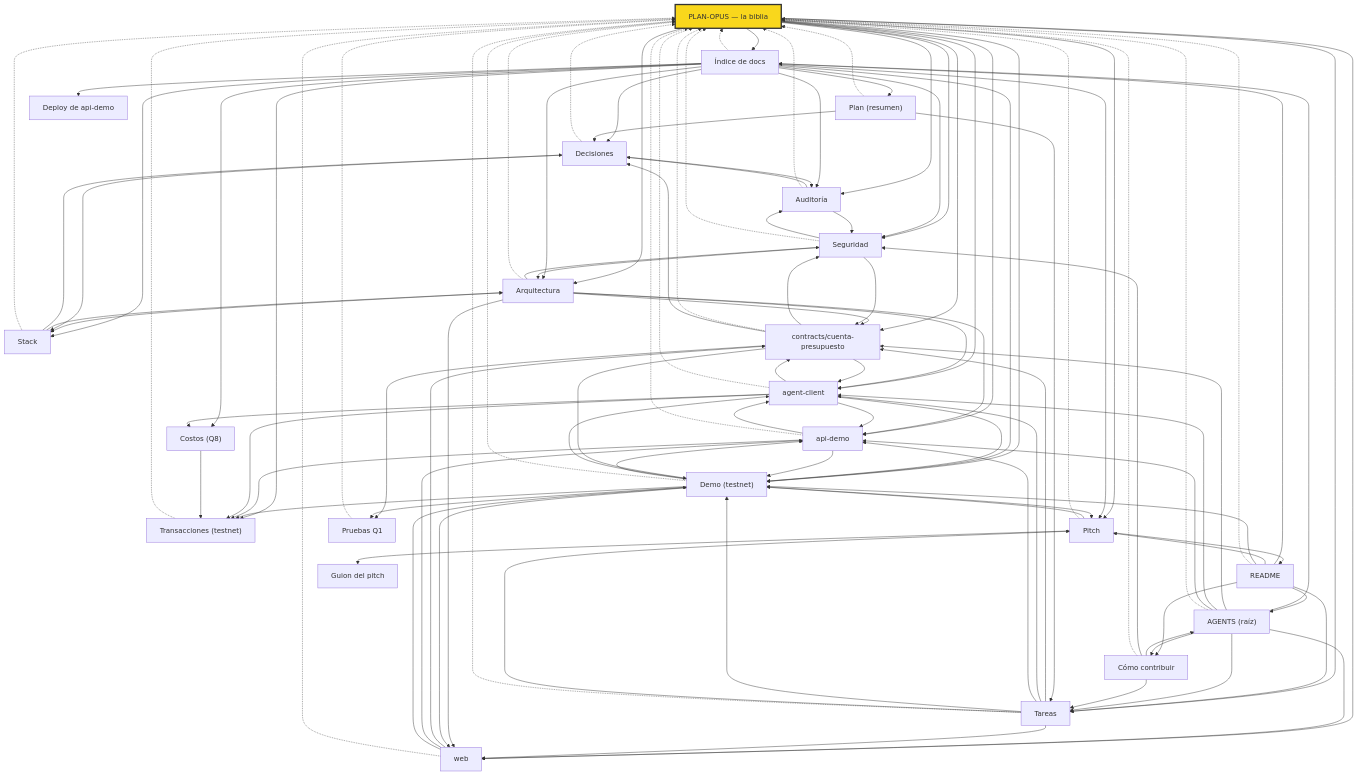
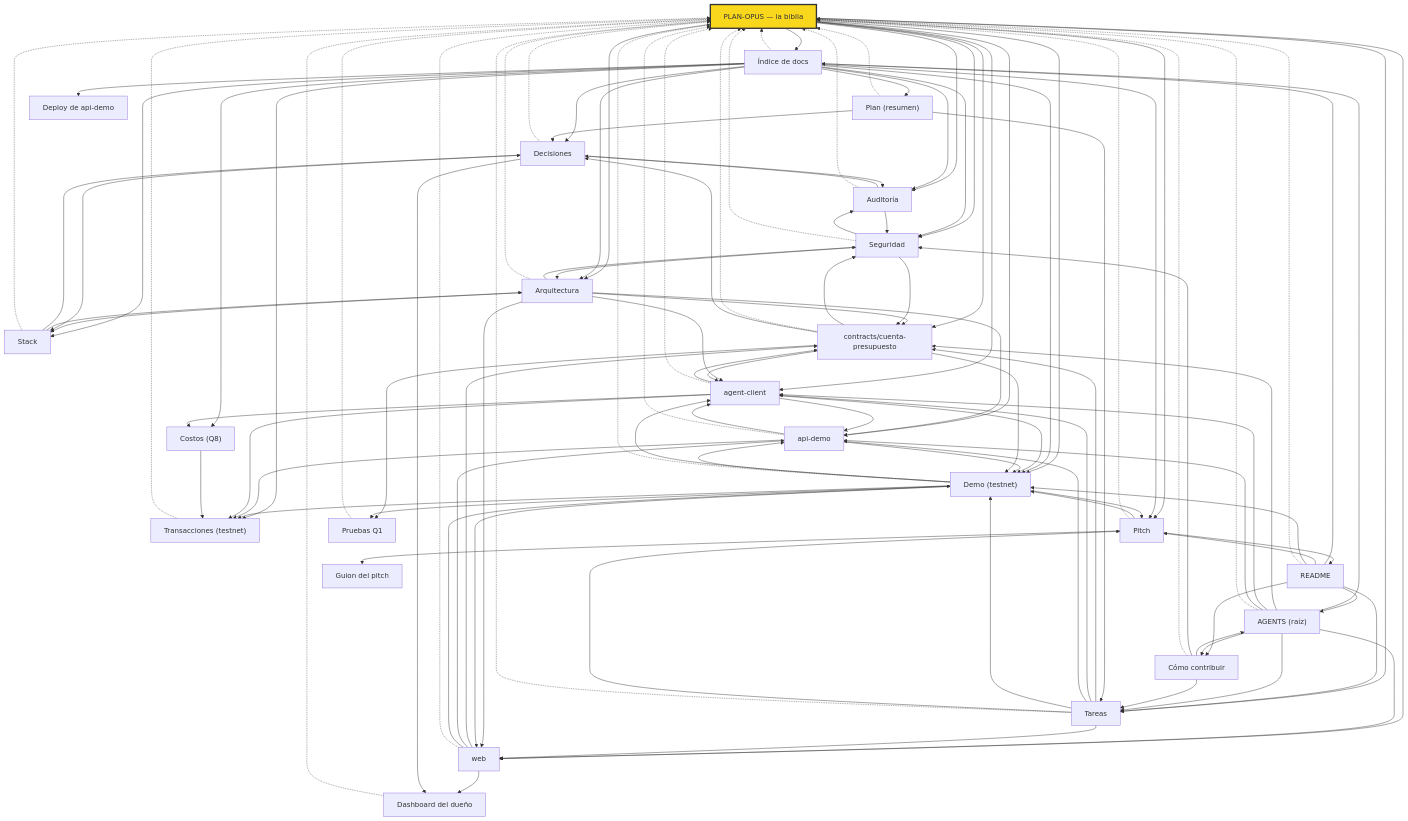
Before and after one commit to jxsu404/quickchain: the diagram in docs/MAPA.md, drawn with Mermaid. The commit also changed other lines of this file and 14 other files, not shown here.

First line of the commit message:
web: dashboard del dueño en /dashboard (mockup A, anillo)

````diff
--- a/docs/MAPA.md
+++ b/docs/MAPA.md
@@ -27,6 +27,7 @@
   agent_client_AGENTS_md["agent-client"]
   api_demo_AGENTS_md["api-demo"]
   web_AGENTS_md["web"]
+  docs_dashboard_md["Dashboard del dueño"]
   docs_PLAN_OPUS_md:::biblia
   docs_PLAN_OPUS_md --> docs_INDICE_md
   docs_PLAN_OPUS_md --> TAREAS_md
@@ -134,5 +135,8 @@
   agent_client_AGENTS_md -.-> docs_PLAN_OPUS_md
   api_demo_AGENTS_md -.-> docs_PLAN_OPUS_md
   web_AGENTS_md -.-> docs_PLAN_OPUS_md
+  web_AGENTS_md --> docs_dashboard_md
+  docs_DECISIONES_md --> docs_dashboard_md
+  docs_dashboard_md -.-> docs_PLAN_OPUS_md
   classDef biblia fill:#f9d71c,stroke:#333,stroke-width:3px
 ```
````
